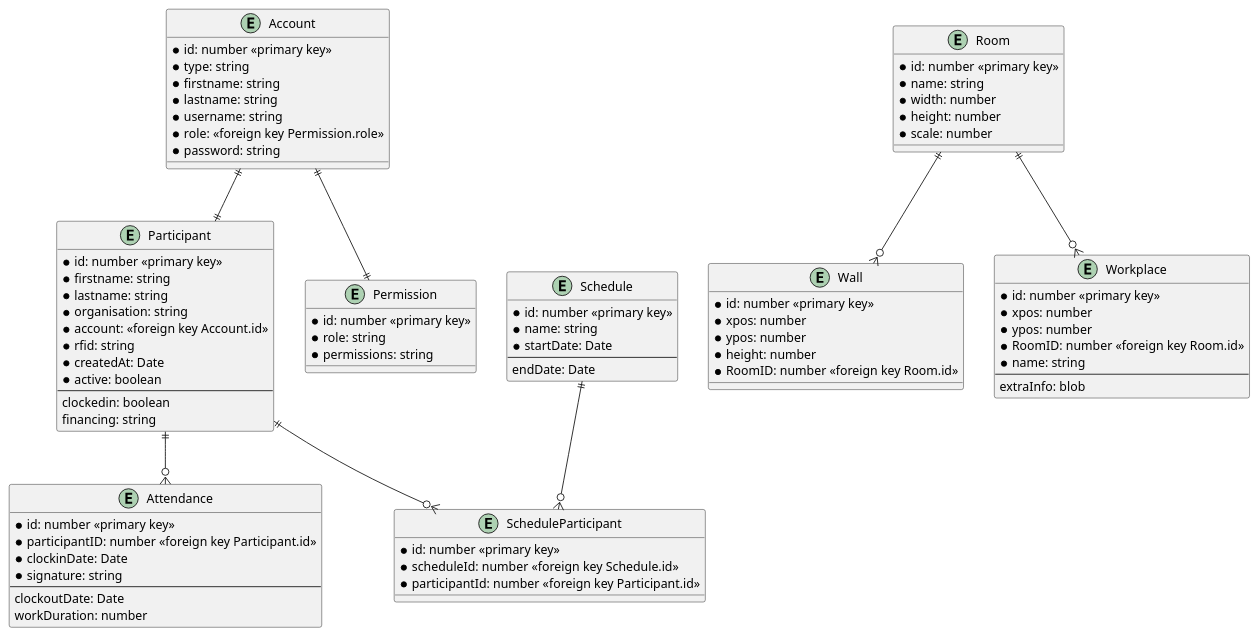
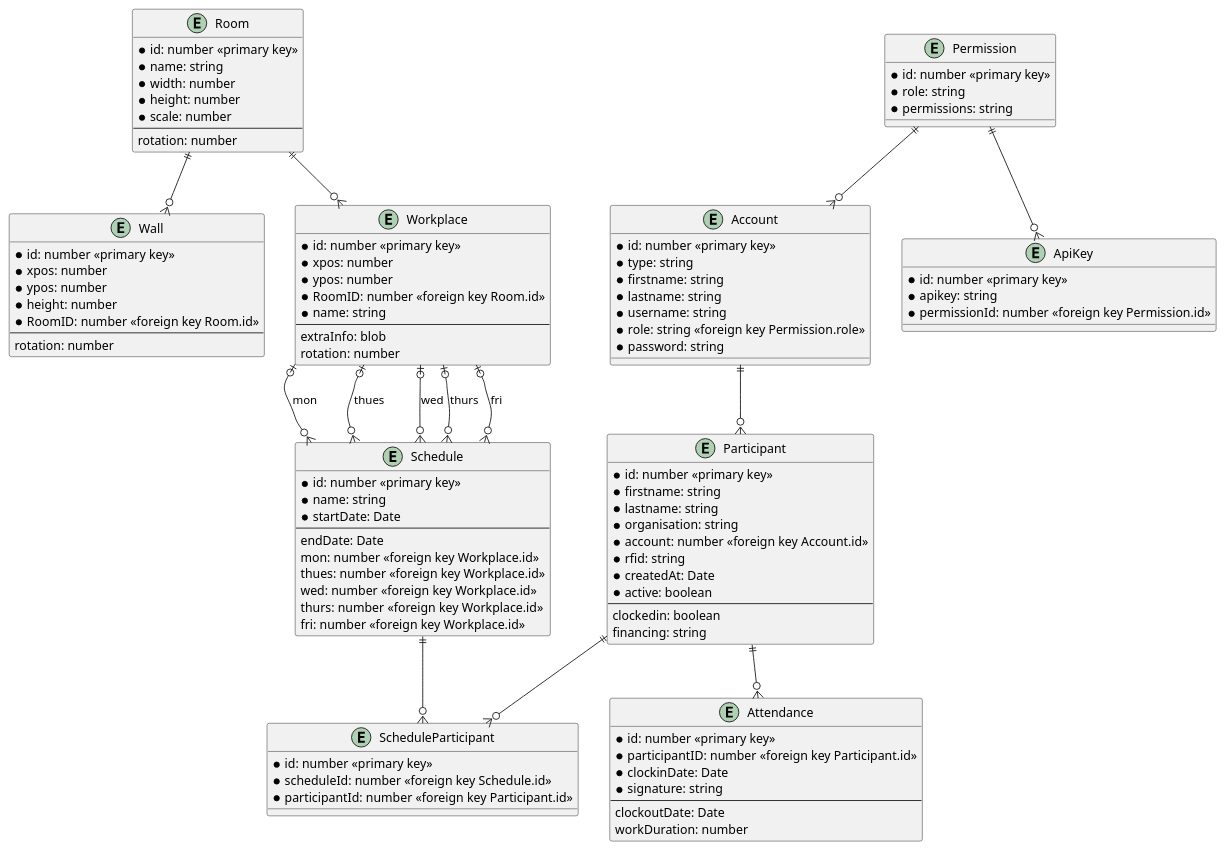
The diagram in documentation/databasemodel.plantuml (BitsEnBytesICT/Bits-Bytes-management-platform), drawn with PlantUML before and after one commit. The commit also changed 11 other files, not shown here.

```diff
--- a/documentation/databasemodel.plantuml
+++ b/documentation/databasemodel.plantuml
@@ -1,90 +1,112 @@
-@startuml
+@startuml database
 
 entity Account {
     * id: number <<primary key>>
     * type: string
     * firstname: string
     * lastname: string
     * username: string
-    * role: <<foreign key Permission.role>>
+    * role: string <<foreign key Permission.role>>
     * password: string
 }
 
 entity Participant {
     * id: number <<primary key>>
     * firstname: string
     * lastname: string
     * organisation: string
-    * account: <<foreign key Account.id>>
+    * account: number <<foreign key Account.id>>
     * rfid: string
     * createdAt: Date
     * active: boolean
     --
     clockedin: boolean
     financing: string
 }
 
 entity Attendance {
     * id: number <<primary key>>
     * participantID: number <<foreign key Participant.id>>
     * clockinDate: Date
     * signature: string
     --
     clockoutDate: Date
     workDuration: number
 }
 
 entity Permission {
     * id: number <<primary key>>
     * role: string
     * permissions: string
 }
 
+entity ApiKey {
+    * id: number <<primary key>>
+    * apikey: string
+    * permissionId: number <<foreign key Permission.id>>
+}
+
 entity Room {
     * id: number <<primary key>>
     * name: string
     * width: number
     * height: number
     * scale: number
+    --
+    rotation: number
 }
 
 entity Wall {
     * id: number <<primary key>>
     * xpos: number
     * ypos: number
     * height: number
     * RoomID: number <<foreign key Room.id>>
+    --
+    rotation: number
 }
 
 entity Workplace {
     * id: number <<primary key>>
     * xpos: number
     * ypos: number
     * RoomID: number <<foreign key Room.id>>
     * name: string
     --
     extraInfo: blob
+    rotation: number
 }
 
 entity Schedule {
     * id: number <<primary key>>
     * name: string
     * startDate: Date
     --
     endDate: Date
+    mon: number <<foreign key Workplace.id>>
+    thues: number <<foreign key Workplace.id>>
+    wed: number <<foreign key Workplace.id>>
+    thurs: number <<foreign key Workplace.id>>
+    fri: number <<foreign key Workplace.id>>
 }
 
 entity ScheduleParticipant {
     * id: number <<primary key>>
     * scheduleId: number <<foreign key Schedule.id>>
     * participantId: number <<foreign key Participant.id>>
 }
 
-Account ||--|| Permission
-Account ||--|| Participant
+Permission ||--o{ Account
+Permission ||--o{ ApiKey
+Account ||--o{ Participant
 Participant ||--o{ Attendance
 Participant ||--o{ ScheduleParticipant
 Schedule ||--o{ ScheduleParticipant
 Room ||--o{ Wall
 Room ||--o{ Workplace
+Workplace |o--o{ Schedule : mon
+Workplace |o--o{ Schedule : thues
+Workplace |o--o{ Schedule : wed
+Workplace |o--o{ Schedule : thurs
+Workplace |o--o{ Schedule : fri
 @enduml
```
